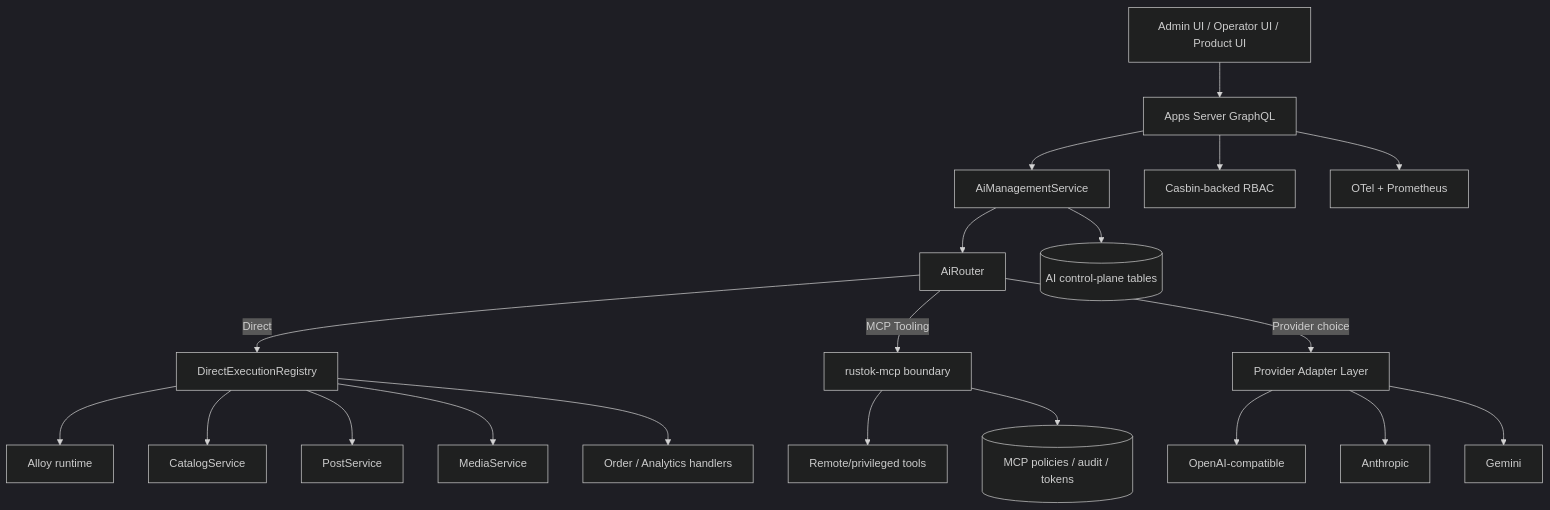
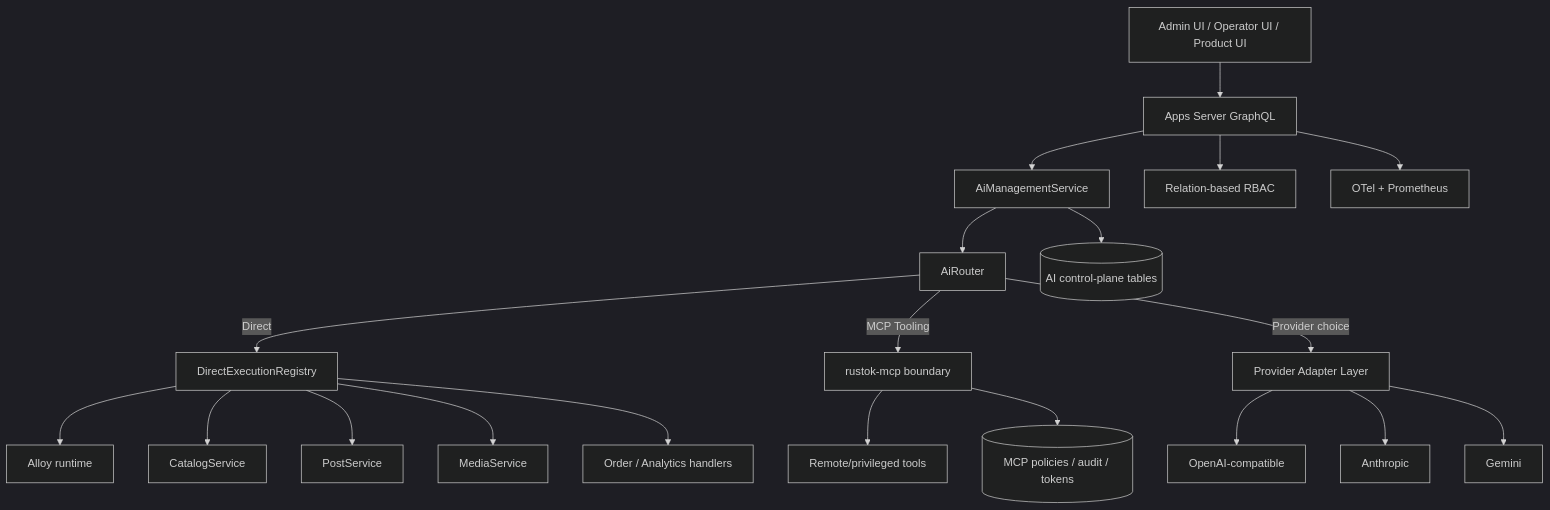
One commit to RusTokRs/RusTok changed the first of 3 diagrams in docs/research/AI-research.md. Above: the diagram before and after it, drawn with Mermaid (dark theme). The commit also changed other lines of this file and 48 other files, not shown here.

````diff
--- a/docs/research/AI-research.md
+++ b/docs/research/AI-research.md
@@ -58,25 +58,25 @@
 ```mermaid
 flowchart TD
     UI[Admin UI / Operator UI / Product UI] --> GQL[Apps Server GraphQL]
     GQL --> MGMT[AiManagementService]
     MGMT --> ROUTER[AiRouter]
     ROUTER -->|Direct| DIRECT[DirectExecutionRegistry]
     ROUTER -->|MCP Tooling| MCP[rustok-mcp boundary]
     ROUTER -->|Provider choice| PROV[Provider Adapter Layer]
 
     DIRECT --> ALLOY[Alloy runtime]
     DIRECT --> CATALOG[CatalogService]
     DIRECT --> BLOG[PostService]
     DIRECT --> MEDIA[MediaService]
     DIRECT --> ORDERS[Order / Analytics handlers]
 
     MCP --> REMOTE[Remote/privileged tools]
     PROV --> OAI[OpenAI-compatible]
     PROV --> ANTH[Anthropic]
     PROV --> GEM[Gemini]
 
     MGMT --> DB[(AI control-plane tables)]
     MCP --> MCPDB[(MCP policies / audit / tokens)]
-    GQL --> RBAC[Casbin-backed RBAC]
+    GQL --> RBAC[Relation-based RBAC]
     GQL --> OBS[OTel + Prometheus]
 ```
````
